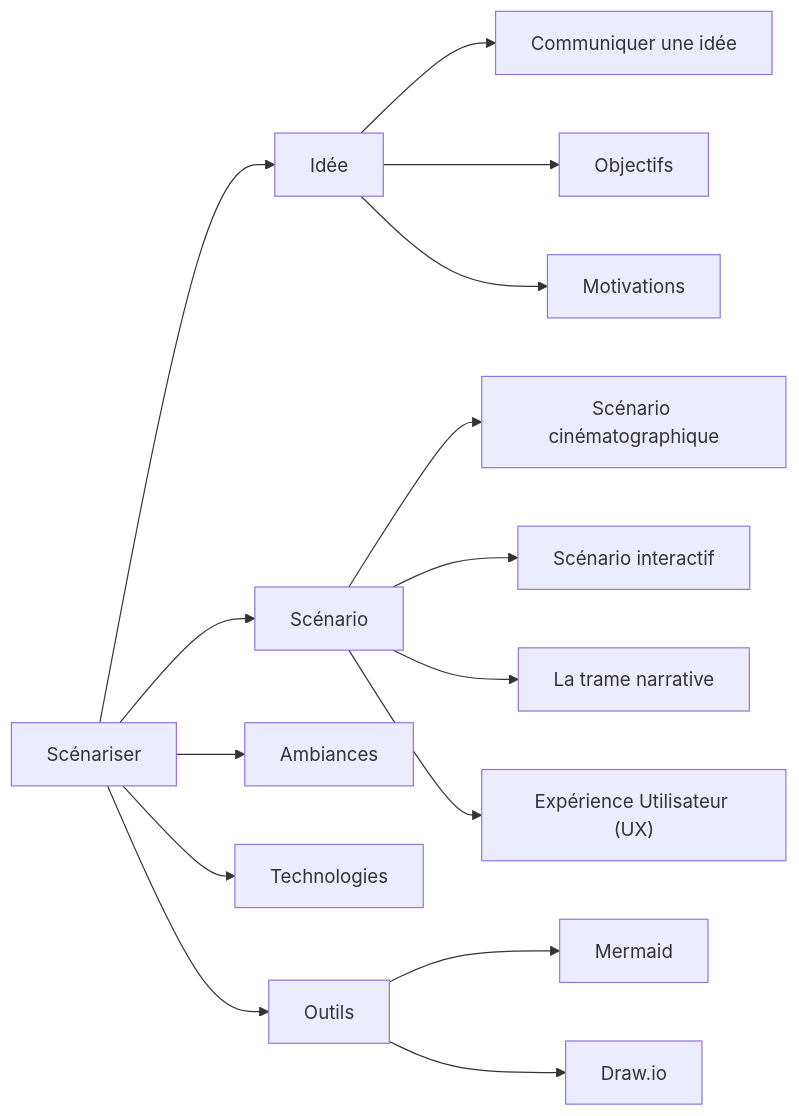
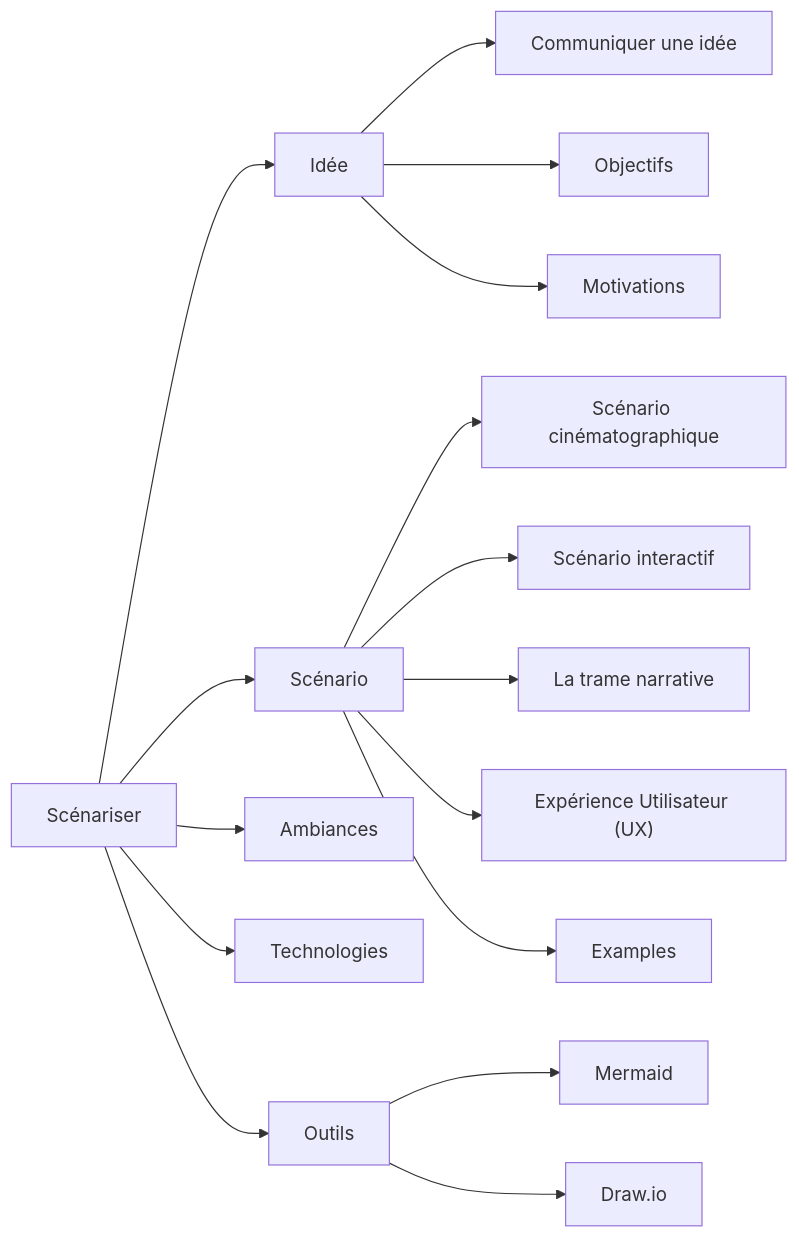
One commit to tim-montmorency/582523-gestion changed the diagram in contenus/2_scenarisation/README.md. Above: the diagram before and after it, drawn with Mermaid. The commit also changed other lines of this file and 5 other files, not shown here.

````diff
--- a/contenus/2_scenarisation/README.md
+++ b/contenus/2_scenarisation/README.md
@@ -22,48 +23,51 @@
 ```mermaid
 flowchart LR
     contenus_2_scenarisation["Scénariser"]
     contenus_2_scenarisation_10_idee["Idée"]
     click contenus_2_scenarisation_10_idee "/#/contenus/2_scenarisation/10_idee/"
     contenus_2_scenarisation --> contenus_2_scenarisation_10_idee
     contenus_2_scenarisation_20_scenario["Scénario"]
     click contenus_2_scenarisation_20_scenario "/#/contenus/2_scenarisation/20_scenario/"
     contenus_2_scenarisation --> contenus_2_scenarisation_20_scenario
     contenus_2_scenarisation_30_ambiances["Ambiances"]
     click contenus_2_scenarisation_30_ambiances "/#/contenus/2_scenarisation/30_ambiances/"
     contenus_2_scenarisation --> contenus_2_scenarisation_30_ambiances
     contenus_2_scenarisation_40_technologie["Technologies"]
     click contenus_2_scenarisation_40_technologie "/#/contenus/2_scenarisation/40_technologie/"
     contenus_2_scenarisation --> contenus_2_scenarisation_40_technologie
     contenus_2_scenarisation_90_outils["Outils"]
     click contenus_2_scenarisation_90_outils "/#/contenus/2_scenarisation/90_outils/"
     contenus_2_scenarisation --> contenus_2_scenarisation_90_outils
     contenus_2_scenarisation_10_idee_10_concept["Communiquer une idée"]
     click contenus_2_scenarisation_10_idee_10_concept "/#/contenus/2_scenarisation/10_idee/10_concept/"
     contenus_2_scenarisation_10_idee --> contenus_2_scenarisation_10_idee_10_concept
     contenus_2_scenarisation_10_idee_20_objectifs["Objectifs"]
     click contenus_2_scenarisation_10_idee_20_objectifs "/#/contenus/2_scenarisation/10_idee/20_objectifs/"
     contenus_2_scenarisation_10_idee --> contenus_2_scenarisation_10_idee_20_objectifs
     contenus_2_scenarisation_10_idee_30_motivations["Motivations"]
     click contenus_2_scenarisation_10_idee_30_motivations "/#/contenus/2_scenarisation/10_idee/30_motivations/"
     contenus_2_scenarisation_10_idee --> contenus_2_scenarisation_10_idee_30_motivations
     contenus_2_scenarisation_20_scenario_10_cinema["Scénario cinématographique"]
     click contenus_2_scenarisation_20_scenario_10_cinema "/#/contenus/2_scenarisation/20_scenario/10_cinema/"
     contenus_2_scenarisation_20_scenario --> contenus_2_scenarisation_20_scenario_10_cinema
     contenus_2_scenarisation_20_scenario_20_interactif["Scénario interactif"]
     click contenus_2_scenarisation_20_scenario_20_interactif "/#/contenus/2_scenarisation/20_scenario/20_interactif/"
     contenus_2_scenarisation_20_scenario --> contenus_2_scenarisation_20_scenario_20_interactif
     contenus_2_scenarisation_20_scenario_30_narratif["La trame narrative"]
     click contenus_2_scenarisation_20_scenario_30_narratif "/#/contenus/2_scenarisation/20_scenario/30_narratif/"
     contenus_2_scenarisation_20_scenario --> contenus_2_scenarisation_20_scenario_30_narratif
     contenus_2_scenarisation_20_scenario_40_ux["Expérience Utilisateur (UX)"]
     click contenus_2_scenarisation_20_scenario_40_ux "/#/contenus/2_scenarisation/20_scenario/40_ux/"
     contenus_2_scenarisation_20_scenario --> contenus_2_scenarisation_20_scenario_40_ux
+    contenus_2_scenarisation_20_scenario_50_exemple["Examples"]
+    click contenus_2_scenarisation_20_scenario_50_exemple "/#/contenus/2_scenarisation/20_scenario/50_exemple/"
+    contenus_2_scenarisation_20_scenario --> contenus_2_scenarisation_20_scenario_50_exemple
 
 
     contenus_2_scenarisation_90_outils_80_mermaid["Mermaid"]
     click contenus_2_scenarisation_90_outils_80_mermaid "/#/contenus/2_scenarisation/90_outils/80_mermaid/"
     contenus_2_scenarisation_90_outils --> contenus_2_scenarisation_90_outils_80_mermaid
     contenus_2_scenarisation_90_outils_81_drawio["Draw.io"]
     click contenus_2_scenarisation_90_outils_81_drawio "/#/contenus/2_scenarisation/90_outils/81_drawio/"
     contenus_2_scenarisation_90_outils --> contenus_2_scenarisation_90_outils_81_drawio
 ```
````
